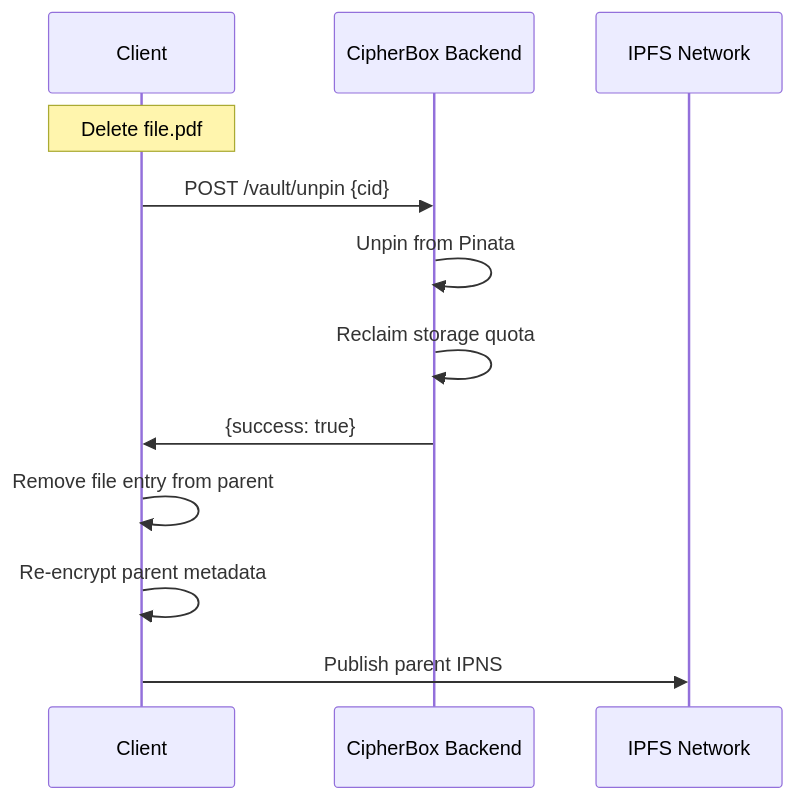
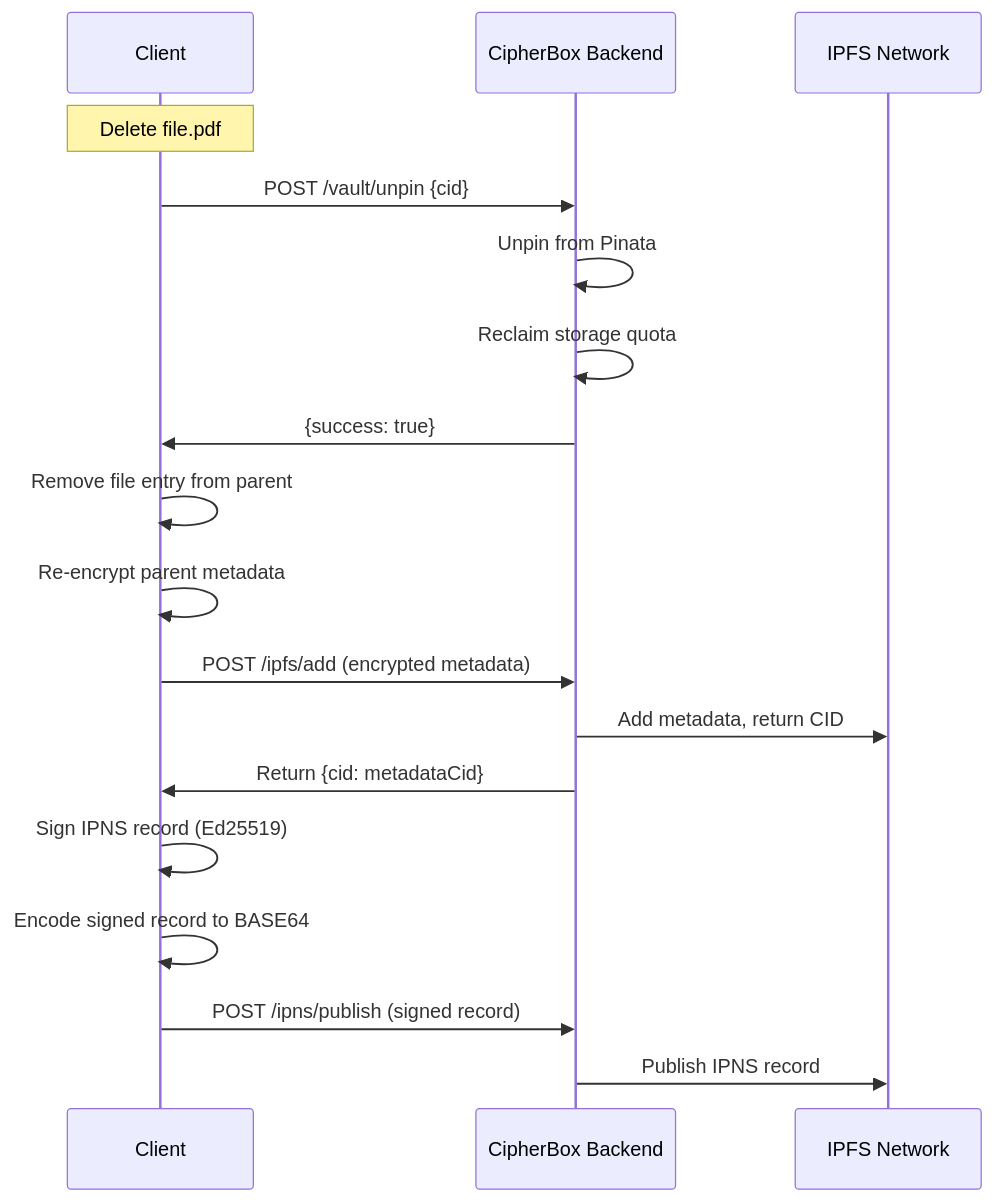
One commit to FSM1/cipher-box changed diagram 12 of 14 in Documentation/DATA_FLOWS.md. Above: the diagram before and after it, drawn with Mermaid. The commit also changed other lines of this file and 8 other files, not shown here.

First line of the commit message:
Add IPFS/IPNS relay endpoint details (#4)

````diff
--- a/Documentation/DATA_FLOWS.md
+++ b/Documentation/DATA_FLOWS.md
@@ -430,17 +473,23 @@
 ```mermaid
 sequenceDiagram
     participant C as Client
     participant B as CipherBox Backend
     participant IPFS as IPFS Network
     
     Note over C: Delete file.pdf
     
     C->>B: POST /vault/unpin {cid}
     B->>B: Unpin from Pinata
     B->>B: Reclaim storage quota
     B->>C: {success: true}
     
     C->>C: Remove file entry from parent
     C->>C: Re-encrypt parent metadata
-    C->>IPFS: Publish parent IPNS
+    C->>B: POST /ipfs/add (encrypted metadata)
+    B->>IPFS: Add metadata, return CID
+    B->>C: Return {cid: metadataCid}
+    C->>C: Sign IPNS record (Ed25519)
+    C->>C: Encode signed record to BASE64
+    C->>B: POST /ipns/publish (signed record)
+    B->>IPFS: Publish IPNS record
 ```
````
